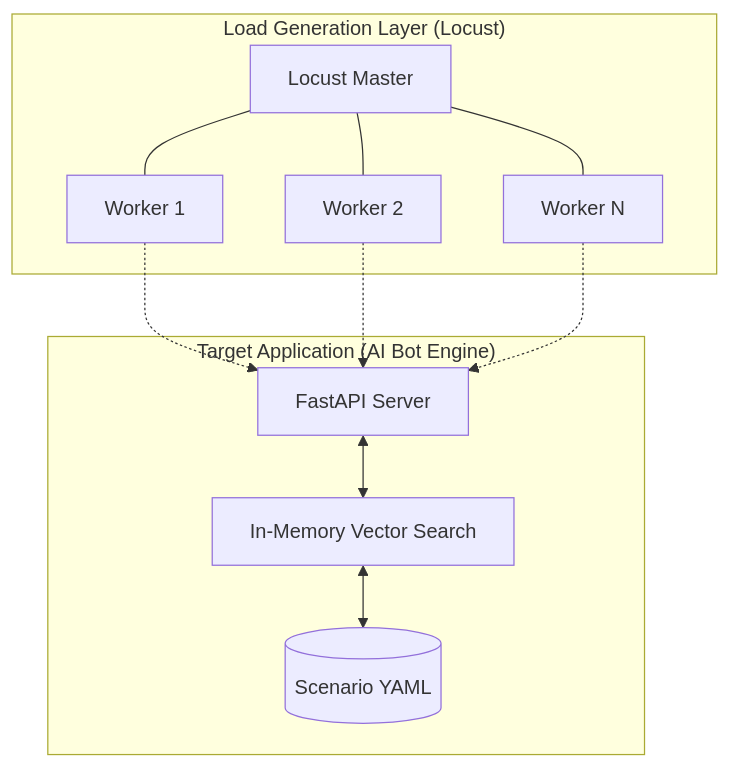
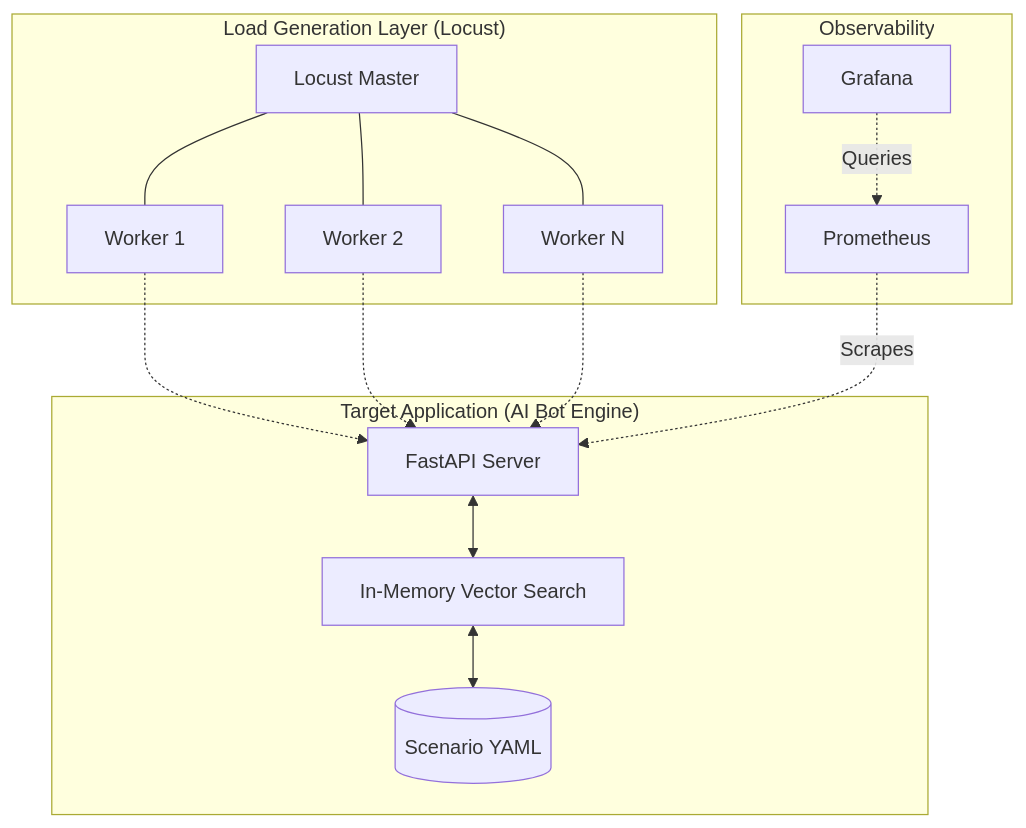
One commit to TToH4uK/ai-load-tester changed the diagram in README.md. Above: the diagram before and after it, drawn with Mermaid. The commit also changed other lines of this file and 3 other files, not shown here.

````diff
--- a/README.md
+++ b/README.md
@@ -11,20 +11,27 @@
 ```mermaid
 graph TD
     subgraph "Load Generation Layer (Locust)"
         Master[Locust Master]
         W1[Worker 1]
         W2[Worker 2]
         W3[Worker N]
     end
 
     subgraph "Target Application (AI Bot Engine)"
         Bot[FastAPI Server]
         Search[In-Memory Vector Search]
         YAML[(Scenario YAML)]
     end
 
+    subgraph "Observability"
+        Prometheus[Prometheus]
+        Grafana[Grafana]
+    end
+
     W1 & W2 & W3 -.-> Bot
     Bot <--> Search
     Search <--> YAML
     Master --- W1 & W2 & W3
+    Prometheus -.->|Scrapes| Bot
+    Grafana -.->|Queries| Prometheus
 ```
````
